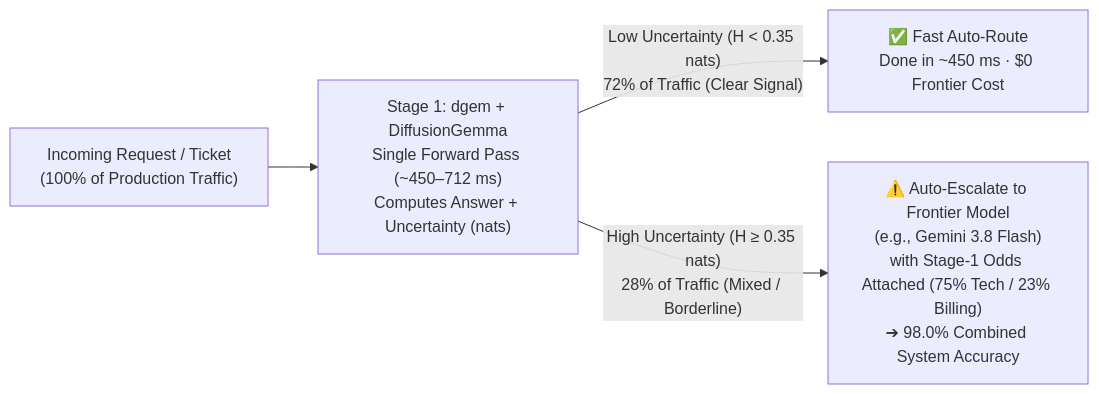
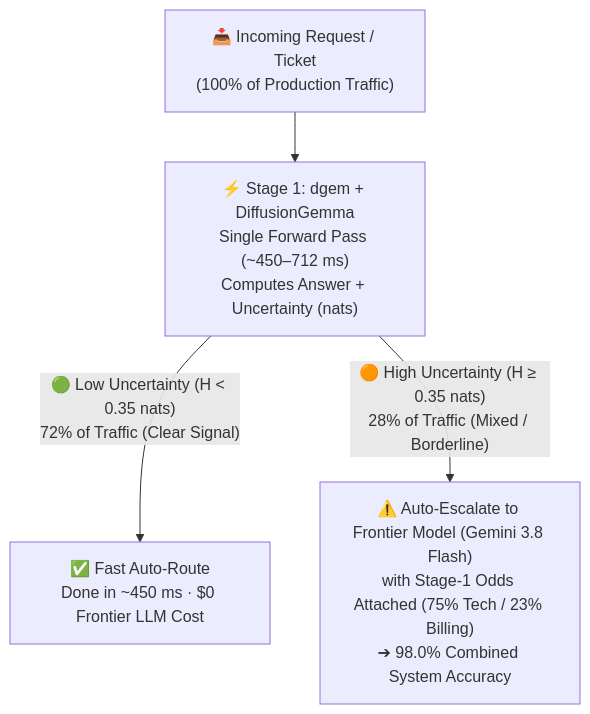
One commit to ghchinoy/dgem changed the diagram in docs-site/src/content/docs/decision-models-primer.md. Above: the diagram before and after it, drawn with Mermaid. The commit also changed 3 other files, not shown here.

Commit message:
feat(docs-site): add click-to-zoom Mermaid lightbox modal and enlarge Entropy Gate diagram

````diff
--- a/docs-site/src/content/docs/decision-models-primer.md
+++ b/docs-site/src/content/docs/decision-models-primer.md
@@ -31,6 +31,6 @@
 ```mermaid
-flowchart LR
-    IN["Incoming Request / Ticket\n(100% of Production Traffic)"] --> S1["Stage 1: dgem + DiffusionGemma\nSingle Forward Pass (~450–712 ms)\nComputes Answer + Uncertainty (nats)"]
-    S1 -->|"Low Uncertainty (H < 0.35 nats)\n72% of Traffic (Clear Signal)"| FAST["✅ Fast Auto-Route\nDone in ~450 ms · $0 Frontier Cost"]
-    S1 -->|"High Uncertainty (H ≥ 0.35 nats)\n28% of Traffic (Mixed / Borderline)"| ESC["⚠️ Auto-Escalate to Frontier Model\n(e.g., Gemini 3.8 Flash)\nwith Stage-1 Odds Attached (75% Tech / 23% Billing)\n➔ 98.0% Combined System Accuracy"]
+flowchart TD
+    IN["📥 Incoming Request / Ticket\n(100% of Production Traffic)"] --> S1["⚡ Stage 1: dgem + DiffusionGemma\nSingle Forward Pass (~450–712 ms)\nComputes Answer + Uncertainty (nats)"]
+    S1 -->|"🟢 Low Uncertainty (H < 0.35 nats)\n72% of Traffic (Clear Signal)"| FAST["✅ Fast Auto-Route\nDone in ~450 ms · $0 Frontier LLM Cost"]
+    S1 -->|"🟠 High Uncertainty (H ≥ 0.35 nats)\n28% of Traffic (Mixed / Borderline)"| ESC["⚠️ Auto-Escalate to Frontier Model (Gemini 3.8 Flash)\nwith Stage-1 Odds Attached (75% Tech / 23% Billing)\n➔ 98.0% Combined System Accuracy"]
 ```
````
